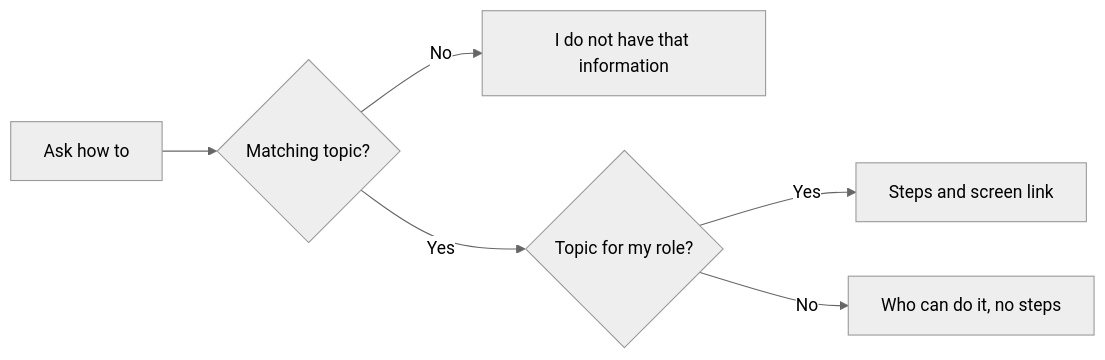
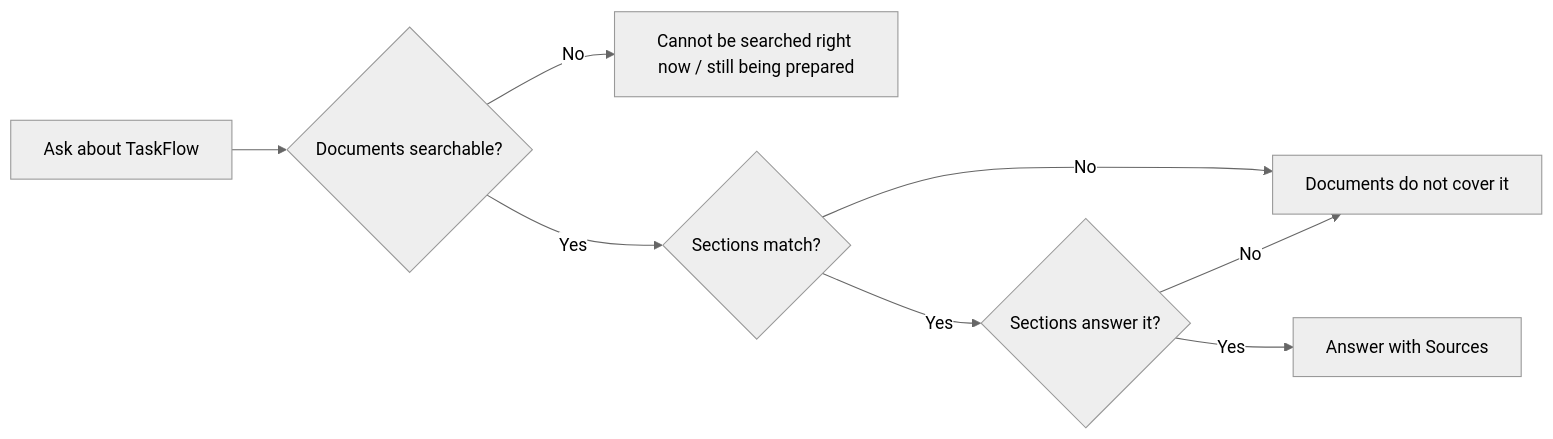
Before and after one commit to jojogeorge3344/TaskFlow-Project: the fourth of 11 diagrams in TF - Documents/TF - FRD/08-TFA-Assistant/08.1-Assistant/FRD-Assistant.md, drawn with Mermaid (neutral theme). The commit also changed other lines of this file and 123 other files, not shown here.

First line of the commit message:
feat(assistant): answer documentation questions from TF - Documents via local RAG

````diff
--- a/TF - Documents/TF - FRD/08-TFA-Assistant/08.1-Assistant/FRD-Assistant.md
+++ b/TF - Documents/TF - FRD/08-TFA-Assistant/08.1-Assistant/FRD-Assistant.md
@@ -306,8 +321,10 @@
 ```mermaid
 flowchart LR
-  A["Ask how to"] --> B{"Matching topic?"}
-  B -- No --> C["I do not have that information"]
-  B -- Yes --> D{"Topic for my role?"}
-  D -- Yes --> E["Steps and screen link"]
-  D -- No --> F["Who can do it, no steps"]
+  A["Ask about TaskFlow"] --> B{"Documents searchable?"}
+  B -- No --> C["Cannot be searched right now / still being prepared"]
+  B -- Yes --> D{"Sections match?"}
+  D -- No --> E["Documents do not cover it"]
+  D -- Yes --> F{"Sections answer it?"}
+  F -- No --> E
+  F -- Yes --> G["Answer with Sources"]
 ```
````
